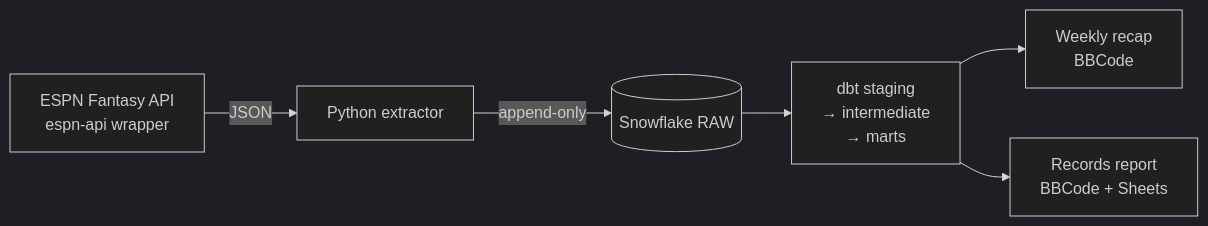
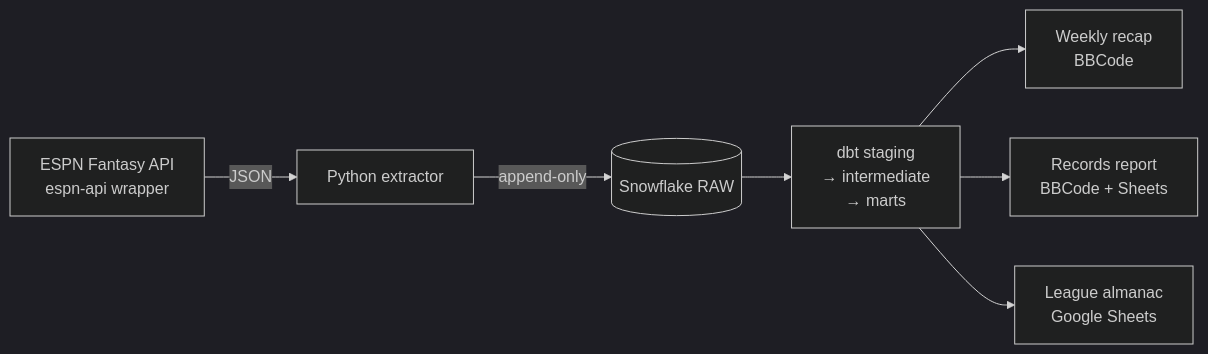
Before and after one commit to KyleDawson24/fantasy-league-almanac: the diagram in README.md, drawn with Mermaid (dark theme). The commit also changed other lines of this file and 16 other files, not shown here.

First line of the commit message:
v1.1.0: league almanac Google Sheets surface

````diff
--- a/README.md
+++ b/README.md
@@ -76,8 +81,9 @@
 ```mermaid
 flowchart LR
     A[ESPN Fantasy API<br/>espn-api wrapper] -->|JSON| B[Python extractor]
     B -->|append-only| C[(Snowflake RAW)]
     C --> D[dbt staging<br/>→ intermediate<br/>→ marts]
     D --> E1[Weekly recap<br/>BBCode]
     D --> E2[Records report<br/>BBCode + Sheets]
+    D --> E3[League almanac<br/>Google Sheets]
 ```
````
